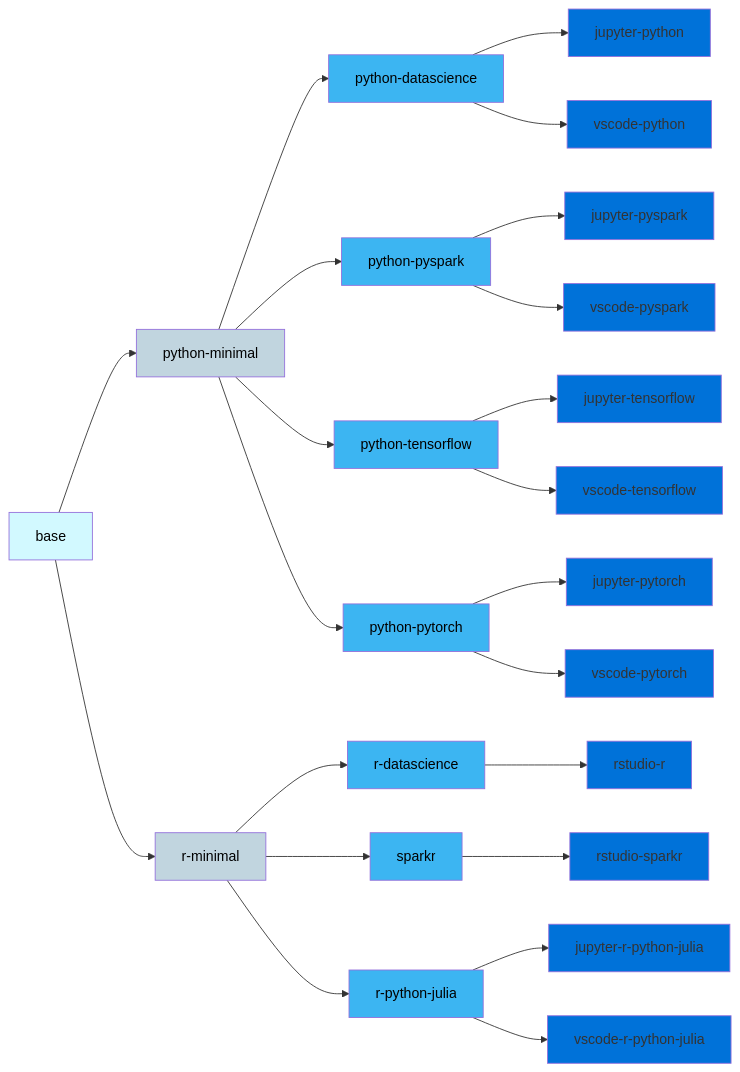
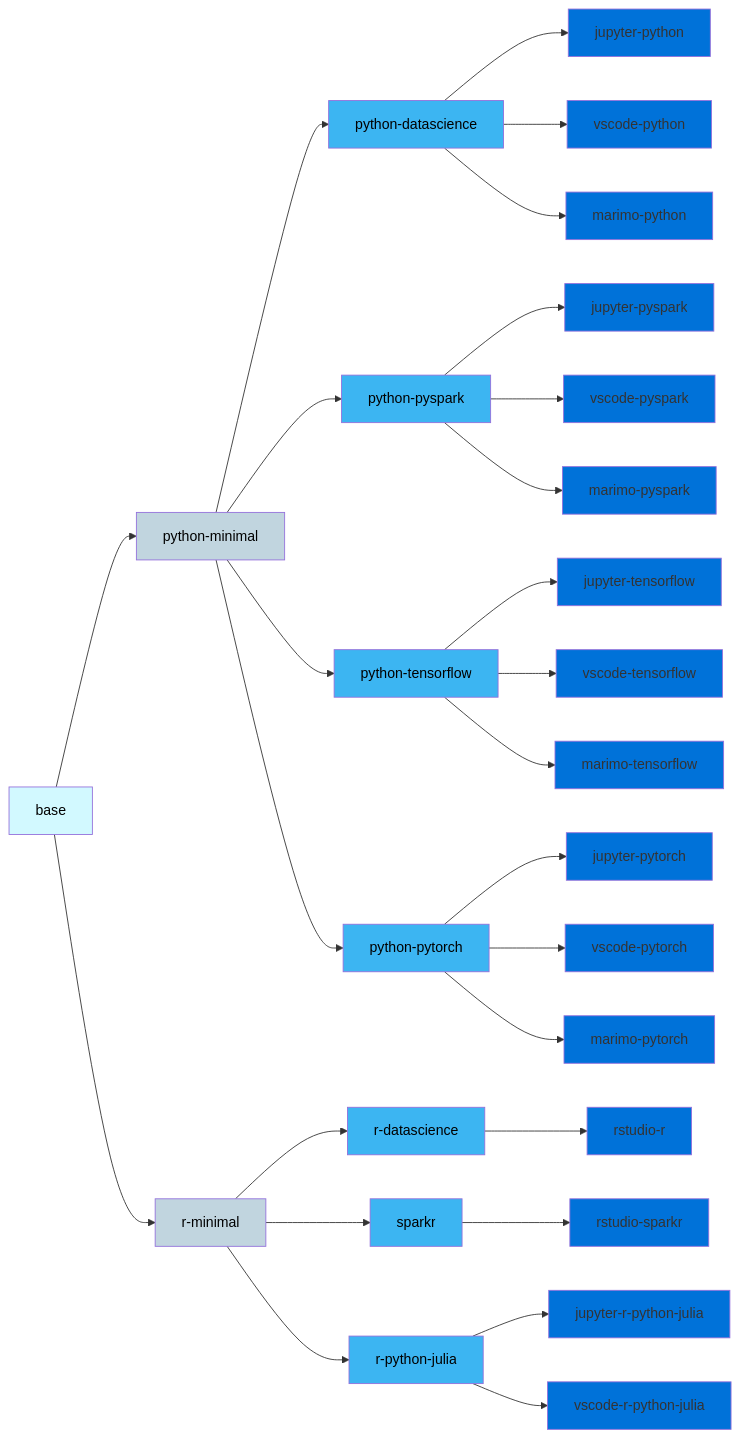
Before and after one commit to InseeFrLab/images-datascience: the diagram in README.md, drawn with Mermaid. The commit also changed 4 other files, not shown here.

Commit message:
feat: add marimo as ide (#375)

````diff
--- a/README.md
+++ b/README.md
@@ -15,28 +15,32 @@
 ```mermaid
   graph LR;
       B[base]:::base-->PM[python-minimal]:::minimal;
       B-->RM[r-minimal]:::minimal;
       PM-->PYDS[python-datascience]:::package;
       PM-->PYSPARK[python-pyspark]:::package;
       PM-->PYTENSORFLOW[python-tensorflow]:::package;
       PM-->PYTORCH[python-pytorch]:::package;
       RM-->RDS[r-datascience]:::package;
       RM-->RSPARK[sparkr]:::package;
       RM-->RPYJU[r-python-julia]:::package;
       PYSPARK--> JPYSPARK[jupyter-pyspark]:::ide;
       PYDS--> JPYDS[jupyter-python]:::ide;
       PYTENSORFLOW--> JPYTENSORFLOW[jupyter-tensorflow]:::ide;
       PYTORCH--> JPYTORCH[jupyter-pytorch]:::ide;
       PYSPARK--> VSCODEPYSPARK[vscode-pyspark]:::ide;
       PYDS--> VSCODEPYDS[vscode-python]:::ide;
       PYTENSORFLOW--> VSCODEPYTENSORFLOW[vscode-tensorflow]:::ide;
       PYTORCH--> VSCODEPYTORCH[vscode-pytorch]:::ide;
+      PYDS--> MARIMOPYDS[marimo-python]:::ide;
+      PYSPARK--> MARIMOPYSPARK[marimo-pyspark]:::ide;
+      PYTORCH--> MARIMOPYTORCH[marimo-pytorch]:::ide;
+      PYTENSORFLOW--> MARIMOPYTENSORFLOW[marimo-tensorflow]:::ide;
       RSPARK -->RSTUDIOSPARKR[rstudio-sparkr]:::ide;
       RDS--> RSTUDIORDS[rstudio-r]:::ide;
       RPYJU--> JRPYJU[jupyter-r-python-julia]:::ide;
       RPYJU--> VSCODERPYJU[vscode-r-python-julia]:::ide;
       classDef base fill:#d2f9ff,color:#000  ;
       classDef minimal fill:#C1D5DF,color:#000;
       classDef package fill:#3cb5f2 ,color:#000  ;
       classDef ide fill:#0072d9  ;
 ```
````
